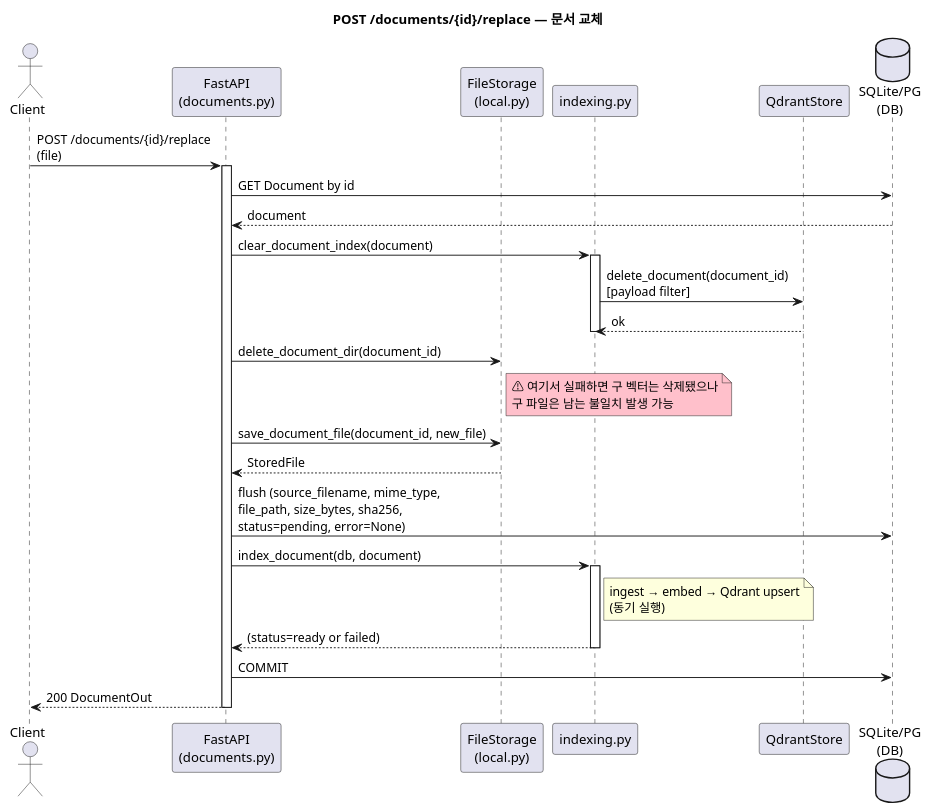
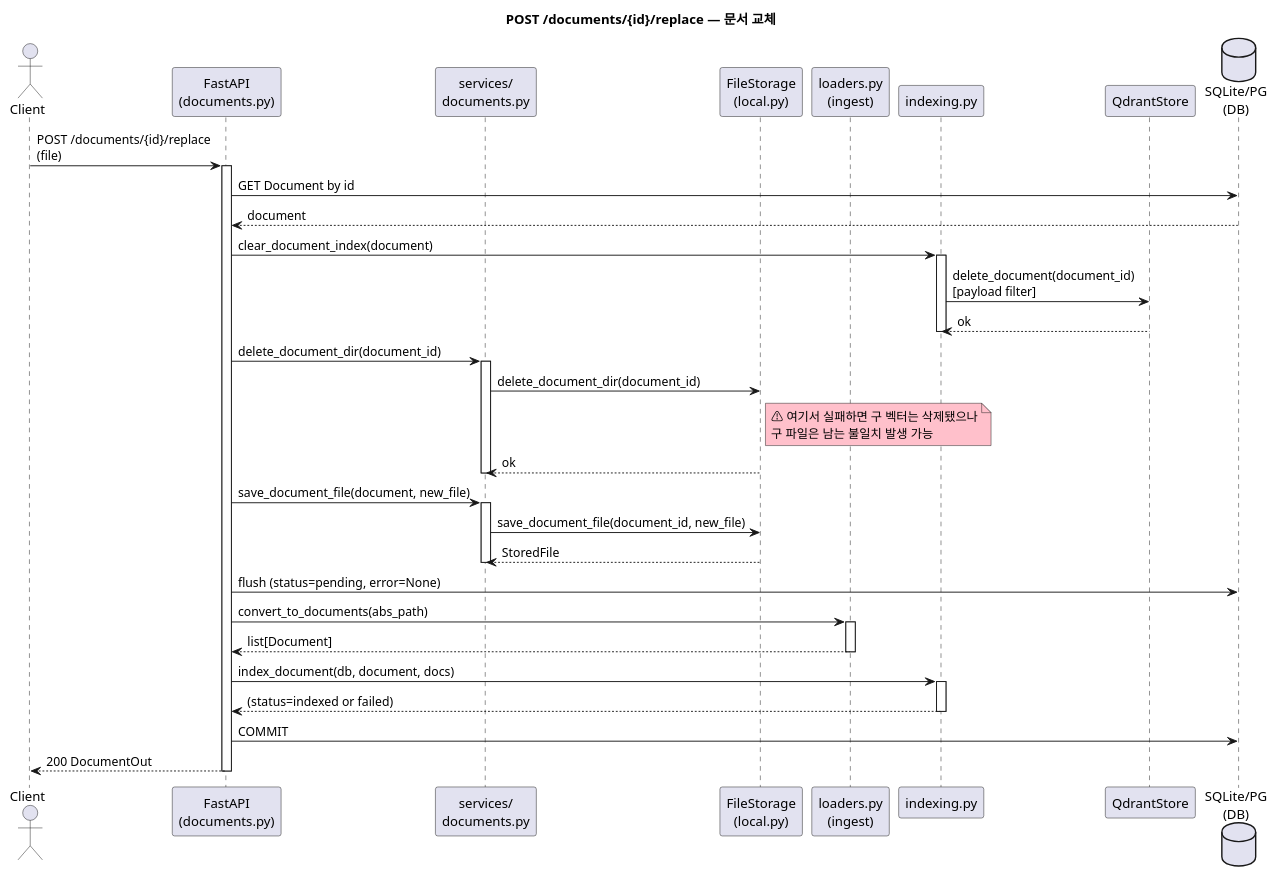
Before and after one commit to sigmoidx0/ragkit: the diagram in docs/diagrams/document_replace.puml, drawn with PlantUML. The commit also changed 18 other files, not shown here.

First line of the commit message:
refactor: restructure ingest, storage, and document service layers

```diff
--- a/docs/diagrams/document_replace.puml
+++ b/docs/diagrams/document_replace.puml
@@ -1,50 +1,60 @@
 @startuml Document Replace
 
 title POST /documents/{id}/replace — 문서 교체
 
 actor Client
 participant "FastAPI\n(documents.py)" as API
+participant "services/\ndocuments.py" as SVC
 participant "FileStorage\n(local.py)" as FS
+participant "loaders.py\n(ingest)" as LDR
 participant "indexing.py" as IDX
 participant "QdrantStore" as QD
 database "SQLite/PG\n(DB)" as DB
 
 Client -> API : POST /documents/{id}/replace\n(file)
 activate API
 
 API -> DB : GET Document by id
 DB --> API : document
 
 API -> IDX : clear_document_index(document)
 activate IDX
 IDX -> QD : delete_document(document_id)\n[payload filter]
 QD --> IDX : ok
 deactivate IDX
 
-API -> FS : delete_document_dir(document_id)
+API -> SVC : delete_document_dir(document_id)
+activate SVC
+SVC -> FS : delete_document_dir(document_id)
 note right of FS #pink
   ⚠ 여기서 실패하면 구 벡터는 삭제됐으나
   구 파일은 남는 불일치 발생 가능
 end note
+FS --> SVC : ok
+deactivate SVC
 
-API -> FS : save_document_file(document_id, new_file)
-FS --> API : StoredFile
+API -> SVC : save_document_file(document, new_file)
+activate SVC
+SVC -> FS : save_document_file(document_id, new_file)
+FS --> SVC : StoredFile
+deactivate SVC
 
-API -> DB : flush (source_filename, mime_type,\nfile_path, size_bytes, sha256,\nstatus=pending, error=None)
+API -> DB : flush (status=pending, error=None)
 
-API -> IDX : index_document(db, document)
+API -> LDR : convert_to_documents(abs_path)
+activate LDR
+LDR --> API : list[Document]
+deactivate LDR
+
+API -> IDX : index_document(db, document, docs)
 activate IDX
-note right of IDX
-  ingest → embed → Qdrant upsert
-  (동기 실행)
-end note
-IDX --> API : (status=ready or failed)
+IDX --> API : (status=indexed or failed)
 deactivate IDX
 
 API -> DB : COMMIT
 
 API --> Client : 200 DocumentOut
 
 deactivate API
 
 @enduml
```
